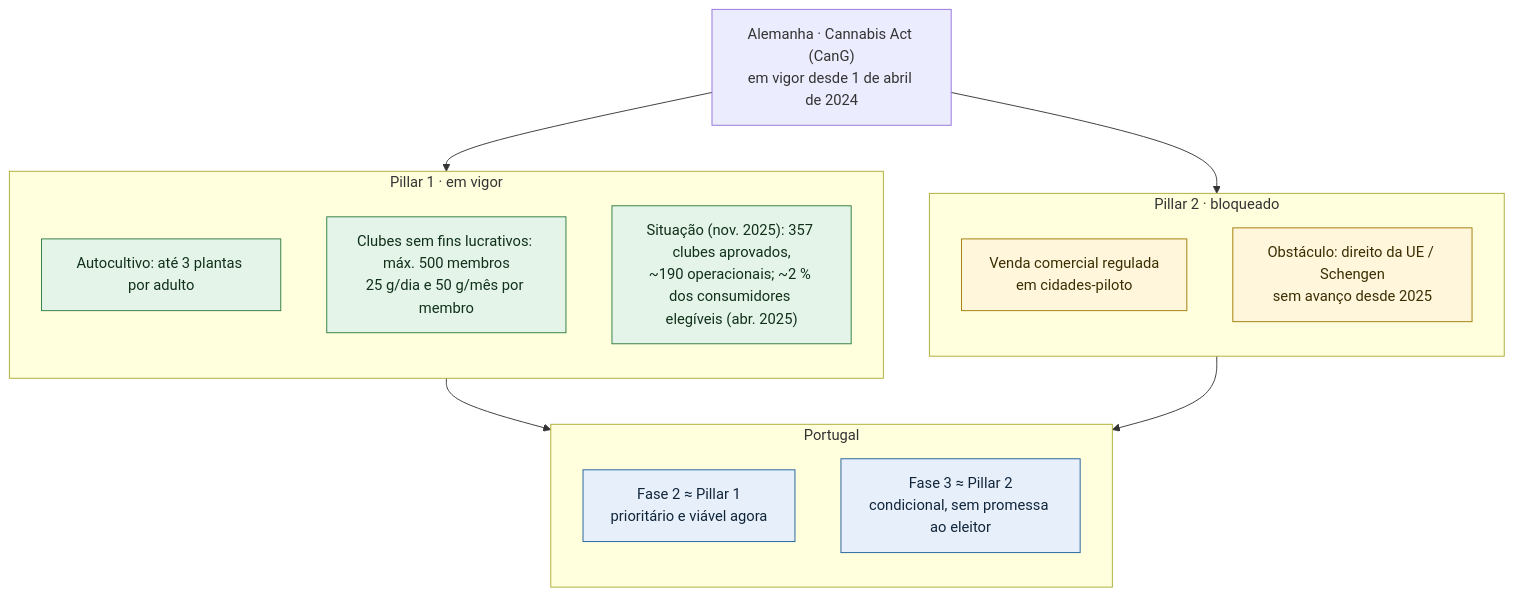
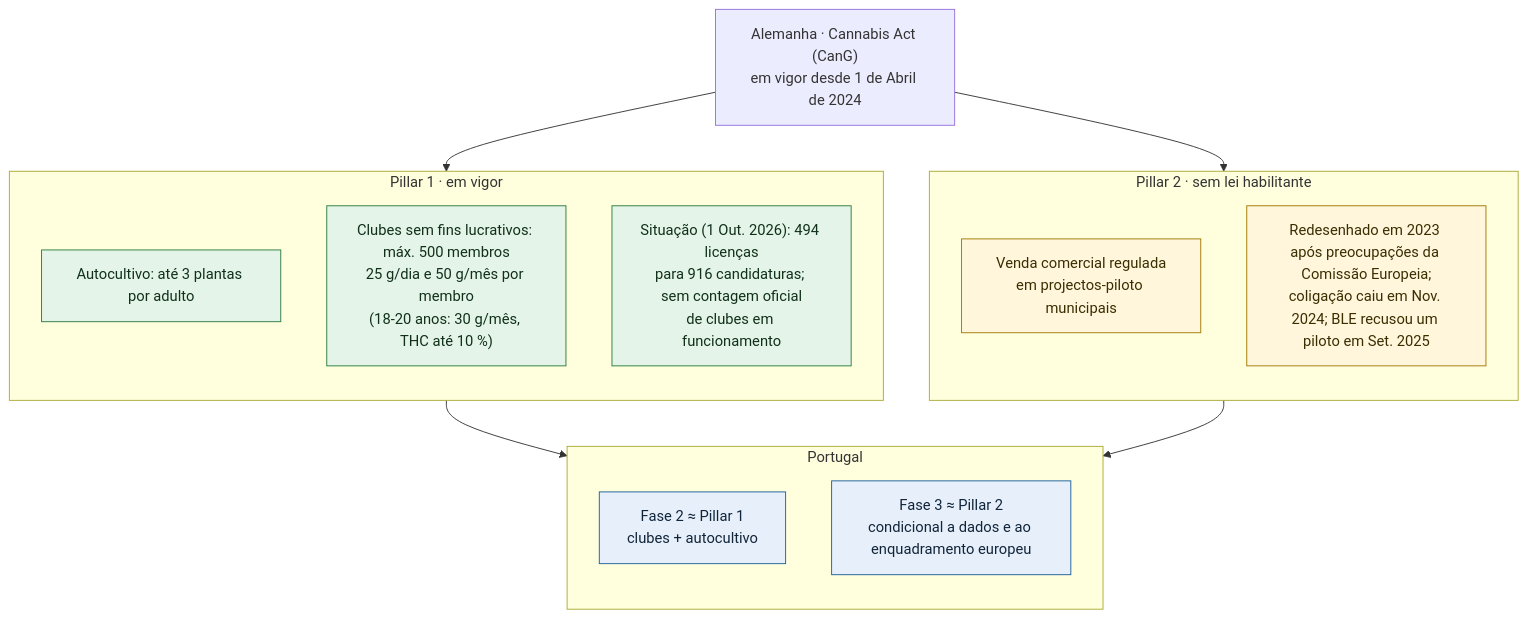
The diagram in assets/diagrams/modelo-alemao-pillars.mmd (bcamarneiro/cannabis-legalization), drawn with Mermaid before and after one commit. The commit also changed 31 other files, not shown here.

```diff
--- a/assets/diagrams/modelo-alemao-pillars.mmd
+++ b/assets/diagrams/modelo-alemao-pillars.mmd
@@ -1,29 +1,29 @@
 flowchart TB
-    DE["Alemanha · Cannabis Act (CanG)<br/>em vigor desde 1 de abril de 2024"]
+    DE["Alemanha · Cannabis Act (CanG)<br/>em vigor desde 1 de Abril de 2024"]
     subgraph S1["Pillar 1 · em vigor"]
         direction TB
         A1["Autocultivo: até 3 plantas por adulto"]
-        A2["Clubes sem fins lucrativos: máx. 500 membros<br/>25 g/dia e 50 g/mês por membro"]
-        A3["Situação (nov. 2025): 357 clubes aprovados,<br/>~190 operacionais; ~2 % dos consumidores elegíveis (abr. 2025)"]
+        A2["Clubes sem fins lucrativos: máx. 500 membros<br/>25 g/dia e 50 g/mês por membro<br/>(18-20 anos: 30 g/mês, THC até 10 %)"]
+        A3["Situação (1 Out. 2026): 494 licenças<br/>para 916 candidaturas; sem contagem oficial<br/>de clubes em funcionamento"]
     end
-    subgraph S2["Pillar 2 · bloqueado"]
+    subgraph S2["Pillar 2 · sem lei habilitante"]
         direction TB
-        B1["Venda comercial regulada<br/>em cidades-piloto"]
-        B2["Obstáculo: direito da UE / Schengen<br/>sem avanço desde 2025"]
+        B1["Venda comercial regulada<br/>em projectos-piloto municipais"]
+        B2["Redesenhado em 2023 após preocupações da Comissão Europeia;<br/>coligação caiu em Nov. 2024; BLE recusou um piloto em Set. 2025"]
     end
     subgraph PT["Portugal"]
         direction TB
-        C1["Fase 2 ≈ Pillar 1<br/>prioritário e viável agora"]
-        C2["Fase 3 ≈ Pillar 2<br/>condicional, sem promessa ao eleitor"]
+        C1["Fase 2 ≈ Pillar 1<br/>clubes + autocultivo"]
+        C2["Fase 3 ≈ Pillar 2<br/>condicional a dados e ao enquadramento europeu"]
     end
     DE --> S1
     DE --> S2
     S1 --> C1
     S2 --> C2
 
     classDef ok fill:#e4f4e8,stroke:#2b7a3d,color:#10301a
-    classDef blocked fill:#fff6dc,stroke:#a07800,color:#3a2e00
+    classDef cond fill:#fff6dc,stroke:#a07800,color:#3a2e00
     classDef pt fill:#e7f0fa,stroke:#1c5d99,color:#10243a
     class A1,A2,A3 ok
-    class B1,B2 blocked
+    class B1,B2 cond
     class C1,C2 pt
```
